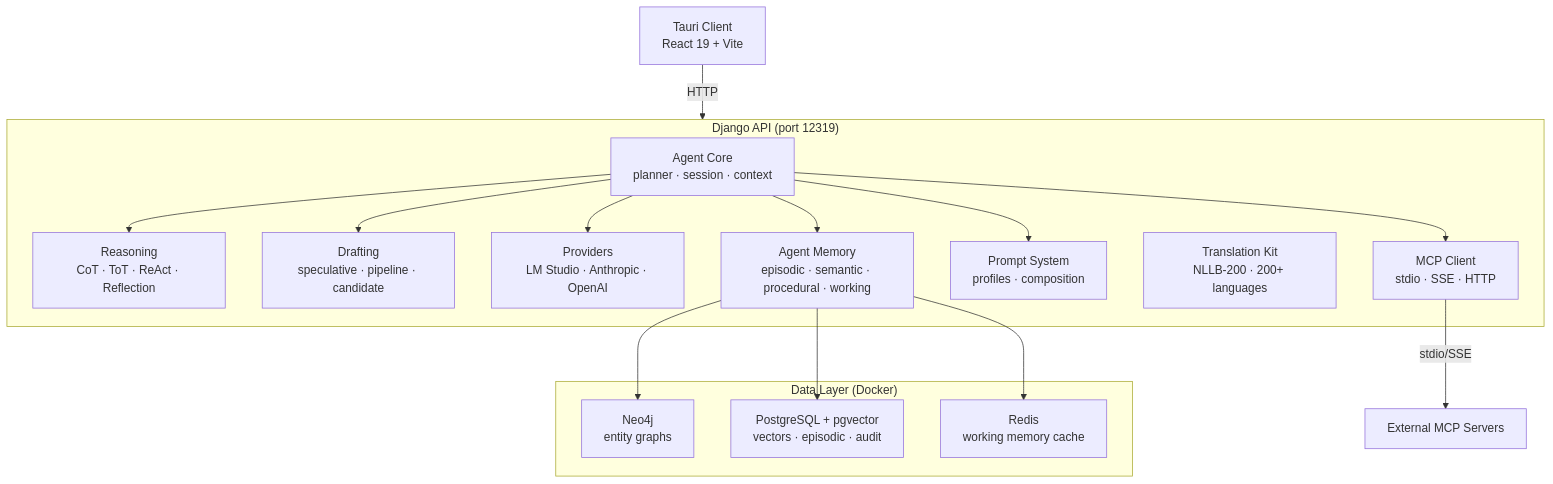
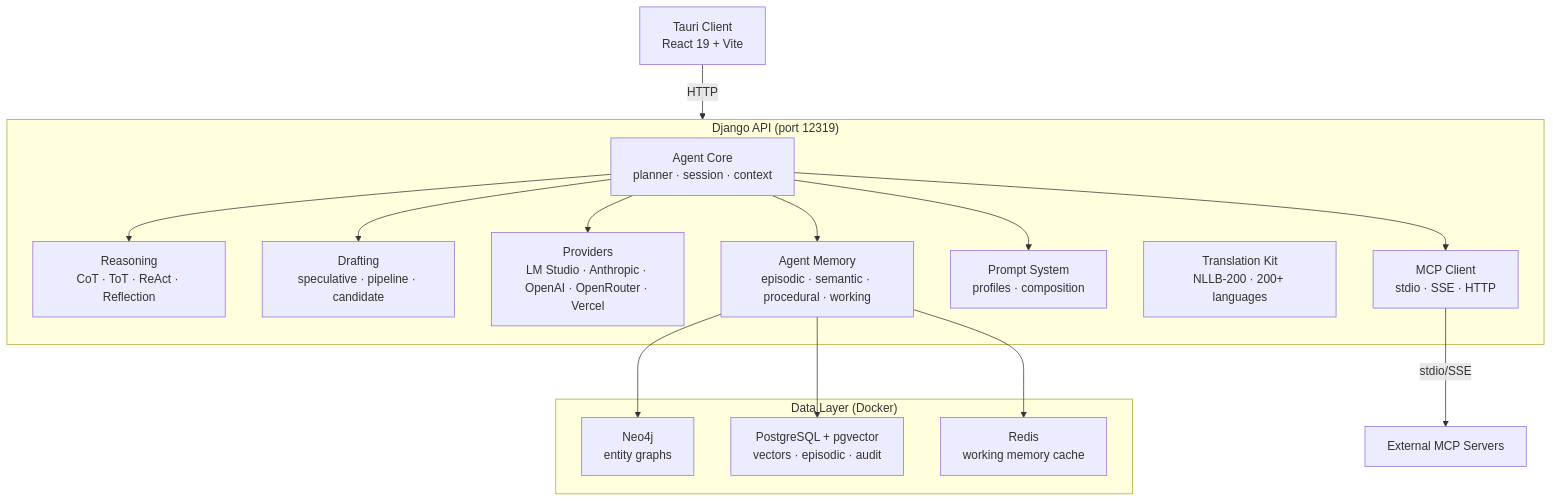
One commit to QR-Madness/agentx changed the diagram in docs-site/src/content/docs/index.md. Above: the diagram before and after it, drawn with Mermaid. The commit also changed other lines of this file and 14 other files, not shown here.

````diff
--- a/docs-site/src/content/docs/index.md
+++ b/docs-site/src/content/docs/index.md
@@ -7,26 +7,26 @@
 ```mermaid
 graph TB
     Client[Tauri Client<br/>React 19 + Vite]
 
     subgraph API["Django API (port 12319)"]
         Agent[Agent Core<br/>planner · session · context]
         Reasoning[Reasoning<br/>CoT · ToT · ReAct · Reflection]
         Drafting[Drafting<br/>speculative · pipeline · candidate]
-        Providers[Providers<br/>LM Studio · Anthropic · OpenAI]
+        Providers[Providers<br/>LM Studio · Anthropic · OpenAI · OpenRouter · Vercel]
         MCP[MCP Client<br/>stdio · SSE · HTTP]
         Prompts[Prompt System<br/>profiles · composition]
         Translation[Translation Kit<br/>NLLB-200 · 200+ languages]
         Memory[Agent Memory<br/>episodic · semantic · procedural · working]
     end
 
     subgraph Data["Data Layer (Docker)"]
         Neo4j[Neo4j<br/>entity graphs]
         Postgres[PostgreSQL + pgvector<br/>vectors · episodic · audit]
         Redis[Redis<br/>working memory cache]
     end
 
     Client -->|HTTP| API
     Agent --> Reasoning & Drafting & Providers & MCP & Prompts & Memory
     Memory --> Neo4j & Postgres & Redis
     MCP -->|stdio/SSE| ExtServers[External MCP Servers]
 ```
````
